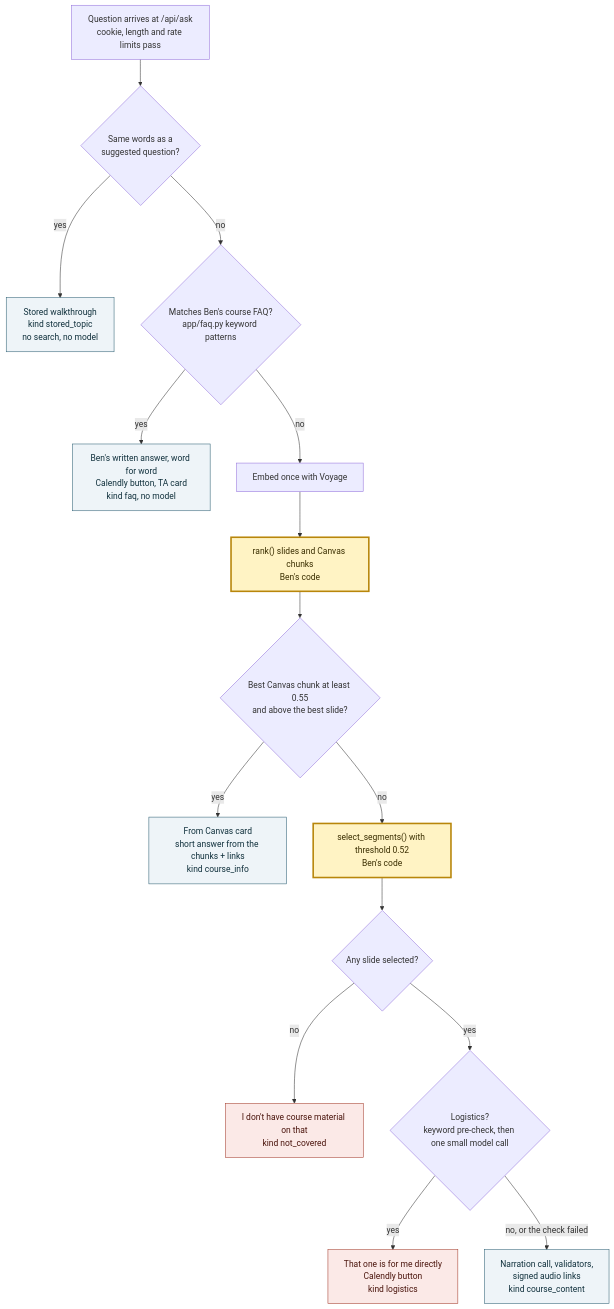
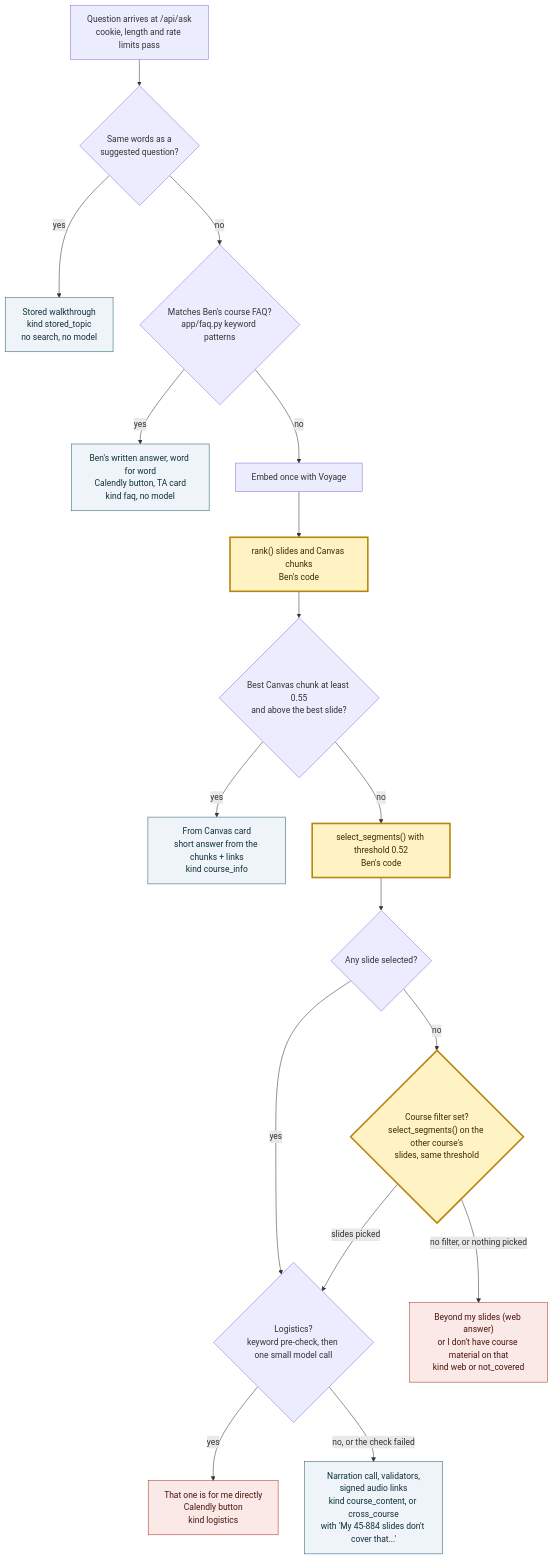
The third of 7 diagrams in docs/ARCHITECTURE.md (bcollier/faculty-twin), drawn with Mermaid before and after one commit. The commit also changed other lines of this file and 24 other files, not shown here.

````diff
--- a/docs/ARCHITECTURE.md
+++ b/docs/ARCHITECTURE.md
@@ -170,25 +170,27 @@
 ```mermaid
 flowchart TD
     classDef ben fill:#fff3c4,stroke:#b8860b,stroke-width:3px,color:#3a2e00
     classDef out fill:#eef4f8,stroke:#2c5f73,color:#10303c
     classDef stop fill:#fbe9e7,stroke:#a33a2a,color:#4a140c
 
     Q["Question arrives at /api/ask<br/>cookie, length and rate limits pass"] --> T{"Same words as a<br/>suggested question?"}
     T -- yes --> TOPIC["Stored walkthrough<br/>kind stored_topic<br/>no search, no model"]
     T -- no --> F{"Matches Ben's course FAQ?<br/>app/faq.py keyword patterns"}
     F -- yes --> FAQ["Ben's written answer, word for word<br/>Calendly button, TA card<br/>kind faq, no model"]
     F -- no --> E["Embed once with Voyage"]
     E --> R["rank() slides and Canvas chunks<br/>Ben's code"]
     R --> C{"Best Canvas chunk at least 0.55<br/>and above the best slide?"}
     C -- yes --> INFO["From Canvas card<br/>short answer from the chunks + links<br/>kind course_info"]
     C -- no --> SEL["select_segments() with threshold 0.52<br/>Ben's code"]
     SEL --> COV{"Any slide selected?"}
-    COV -- no --> NC["I don't have course material on that<br/>kind not_covered"]
+    COV -- no --> X{"Course filter set?<br/>select_segments() on the other course's<br/>slides, same threshold"}
+    X -- "slides picked" --> L
+    X -- "no filter, or nothing picked" --> NC["Beyond my slides (web answer)<br/>or I don't have course material on that<br/>kind web or not_covered"]
     COV -- yes --> L{"Logistics?<br/>keyword pre-check, then one small model call"}
     L -- yes --> LOG["That one is for me directly<br/>Calendly button<br/>kind logistics"]
-    L -- "no, or the check failed" --> N["Narration call, validators,<br/>signed audio links<br/>kind course_content"]
+    L -- "no, or the check failed" --> N["Narration call, validators,<br/>signed audio links<br/>kind course_content, or cross_course<br/>with 'My 45-884 slides don't cover that...'"]
 
-    class R,SEL ben
+    class R,SEL,X ben
     class TOPIC,FAQ,INFO,N out
     class NC,LOG stop
 ```
````
